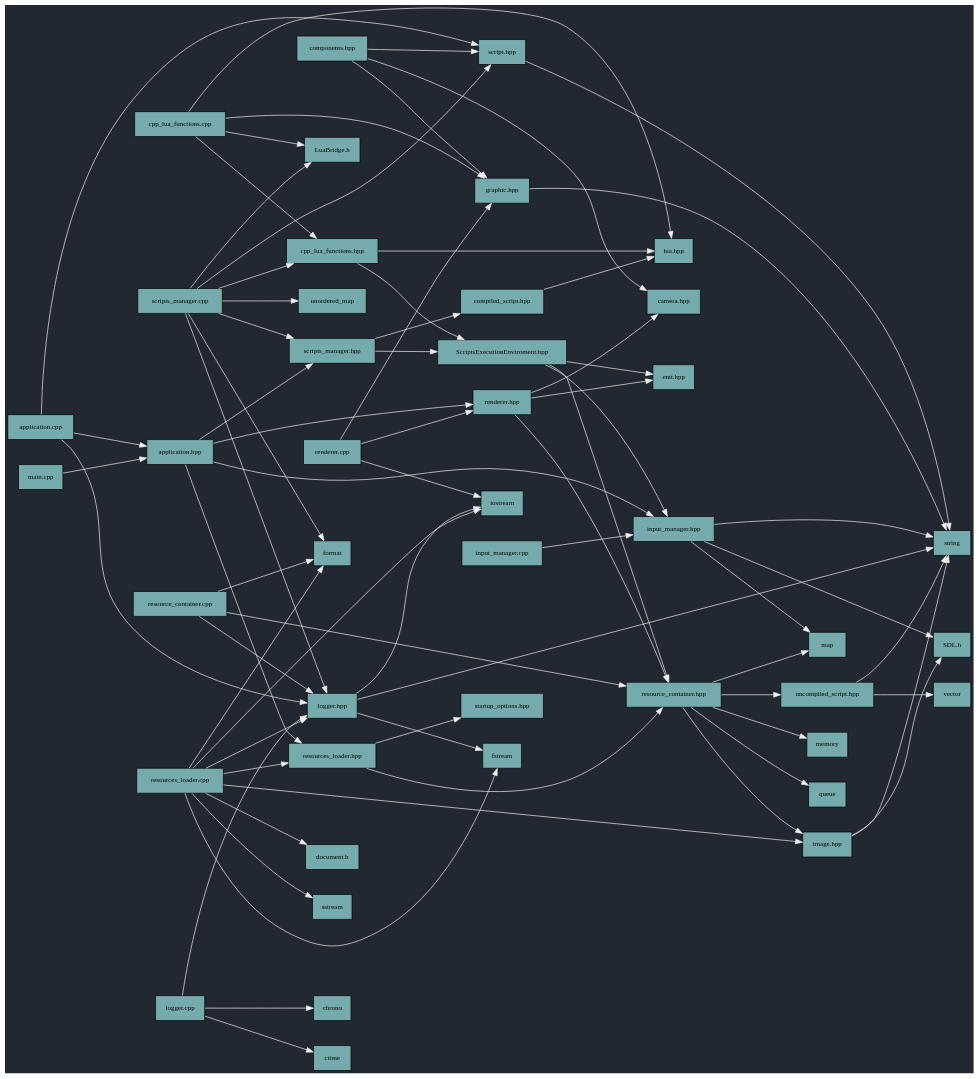
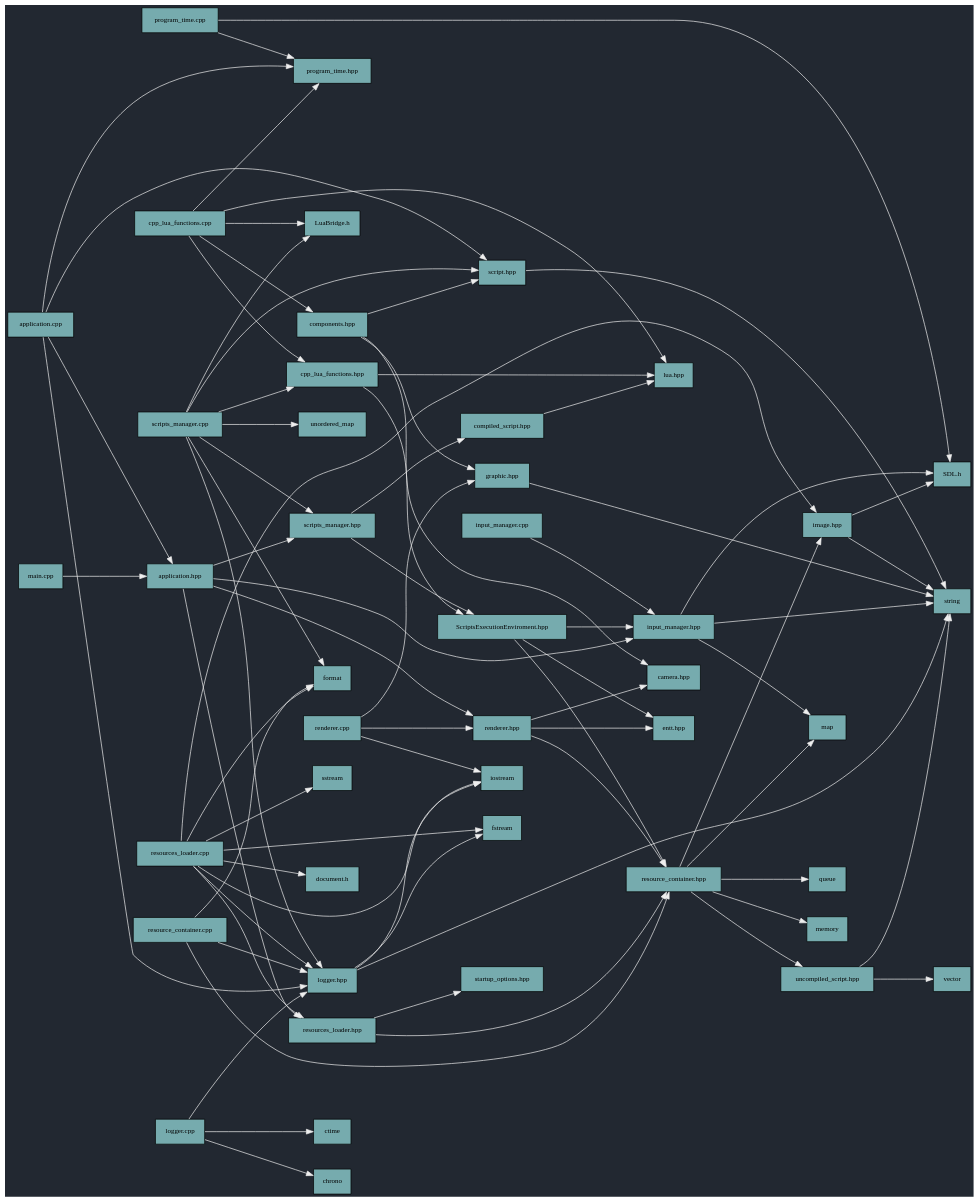
The diagram in include_graph/graph.dot (MichailS-000/Haste_n_Slash), drawn with Graphviz before and after one commit. The commit also changed 8 other files, not shown here.

Commit message:
Allow scripts get current program time & delta time

```diff
--- a/include_graph/graph.dot
+++ b/include_graph/graph.dot
@@ -1,78 +1,82 @@
 digraph IncludeHierarchy {
   rankdir=LR;
   nodesep=0.5;
   ranksep=1.2;
   bgcolor="#222831";
   node [shape=box, style=filled, fillcolor="#76ABAE", fontsize=10];
   edge [color="#EEEEEE"];
+  "program_time.cpp" -> "program_time.hpp";
+  "program_time.cpp" -> "SDL.h";
+  "application.cpp" -> "program_time.hpp";
   "application.cpp" -> "logger.hpp";
   "application.cpp" -> "application.hpp";
   "application.cpp" -> "script.hpp";
   "application.hpp" -> "renderer.hpp";
   "application.hpp" -> "resources_loader.hpp";
   "application.hpp" -> "input_manager.hpp";
   "application.hpp" -> "scripts_manager.hpp";
   "ScriptsExecutionEnviroment.hpp" -> "entt.hpp";
   "ScriptsExecutionEnviroment.hpp" -> "resource_container.hpp";
   "ScriptsExecutionEnviroment.hpp" -> "input_manager.hpp";
   "components.hpp" -> "camera.hpp";
   "components.hpp" -> "graphic.hpp";
   "components.hpp" -> "script.hpp";
-  "scripts_manager.hpp" -> "ScriptsExecutionEnviroment.hpp";
-  "scripts_manager.hpp" -> "compiled_script.hpp";
-  "input_manager.hpp" -> "map";
-  "input_manager.hpp" -> "string";
-  "input_manager.hpp" -> "SDL.h";
   "graphic.hpp" -> "string";
   "scripts_manager.cpp" -> "scripts_manager.hpp";
   "scripts_manager.cpp" -> "script.hpp";
   "scripts_manager.cpp" -> "logger.hpp";
   "scripts_manager.cpp" -> "cpp_lua_functions.hpp";
   "scripts_manager.cpp" -> "format";
   "scripts_manager.cpp" -> "unordered_map";
   "scripts_manager.cpp" -> "LuaBridge.h";
   "input_manager.cpp" -> "input_manager.hpp";
   "script.hpp" -> "string";
+  "scripts_manager.hpp" -> "ScriptsExecutionEnviroment.hpp";
+  "scripts_manager.hpp" -> "compiled_script.hpp";
+  "input_manager.hpp" -> "map";
+  "input_manager.hpp" -> "string";
+  "input_manager.hpp" -> "SDL.h";
   "logger.cpp" -> "ctime";
   "logger.cpp" -> "logger.hpp";
   "logger.cpp" -> "chrono";
   "logger.hpp" -> "fstream";
   "logger.hpp" -> "iostream";
   "logger.hpp" -> "string";
   "uncompiled_script.hpp" -> "vector";
   "uncompiled_script.hpp" -> "string";
   "resource_container.hpp" -> "map";
   "resource_container.hpp" -> "memory";
   "resource_container.hpp" -> "queue";
   "resource_container.hpp" -> "image.hpp";
   "resource_container.hpp" -> "uncompiled_script.hpp";
   "main.cpp" -> "application.hpp";
   "image.hpp" -> "SDL.h";
   "image.hpp" -> "string";
   "renderer.cpp" -> "renderer.hpp";
   "renderer.cpp" -> "graphic.hpp";
   "renderer.cpp" -> "iostream";
   "renderer.hpp" -> "entt.hpp";
   "renderer.hpp" -> "resource_container.hpp";
   "renderer.hpp" -> "camera.hpp";
   "resources_loader.cpp" -> "document.h";
   "resources_loader.cpp" -> "format";
   "resources_loader.cpp" -> "sstream";
   "resources_loader.cpp" -> "resources_loader.hpp";
   "resources_loader.cpp" -> "logger.hpp";
   "resources_loader.cpp" -> "image.hpp";
   "resources_loader.cpp" -> "iostream";
   "resources_loader.cpp" -> "fstream";
   "compiled_script.hpp" -> "lua.hpp";
   "resources_loader.hpp" -> "startup_options.hpp";
   "resources_loader.hpp" -> "resource_container.hpp";
   "resource_container.cpp" -> "logger.hpp";
   "resource_container.cpp" -> "resource_container.hpp";
   "resource_container.cpp" -> "format";
   "cpp_lua_functions.cpp" -> "lua.hpp";
+  "cpp_lua_functions.cpp" -> "components.hpp";
   "cpp_lua_functions.cpp" -> "cpp_lua_functions.hpp";
-  "cpp_lua_functions.cpp" -> "graphic.hpp";
+  "cpp_lua_functions.cpp" -> "program_time.hpp";
   "cpp_lua_functions.cpp" -> "LuaBridge.h";
   "cpp_lua_functions.hpp" -> "ScriptsExecutionEnviroment.hpp";
   "cpp_lua_functions.hpp" -> "lua.hpp";
 }
```
